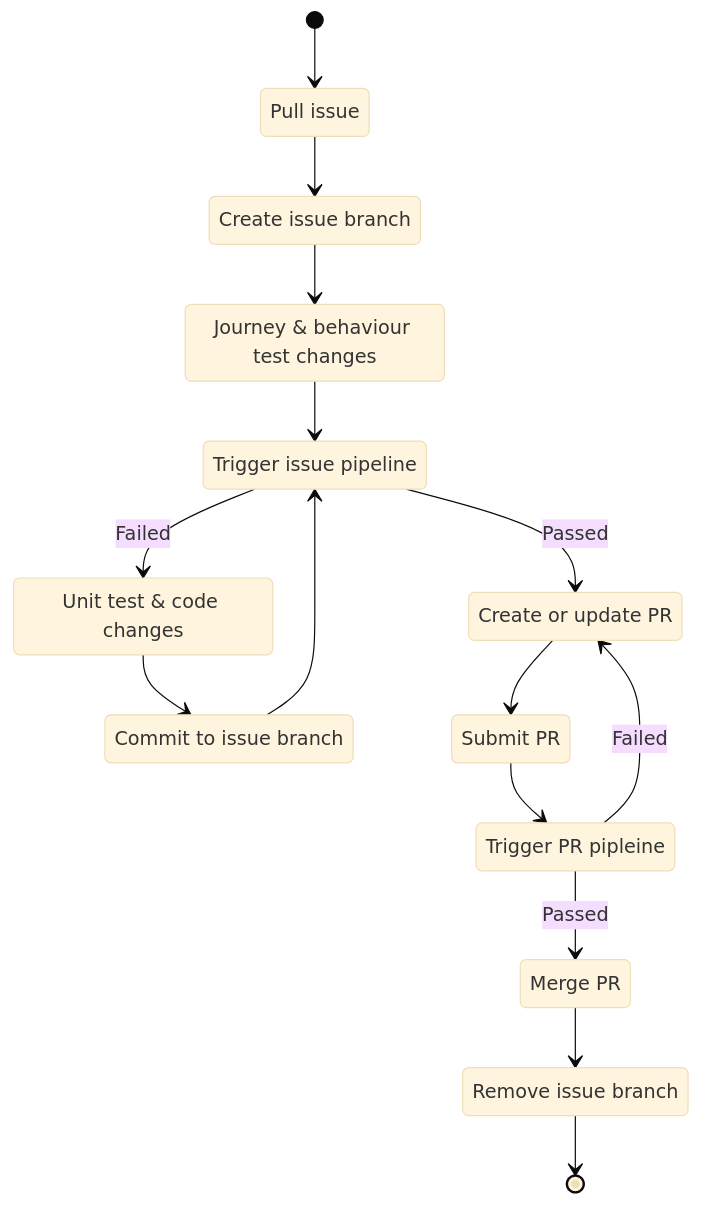
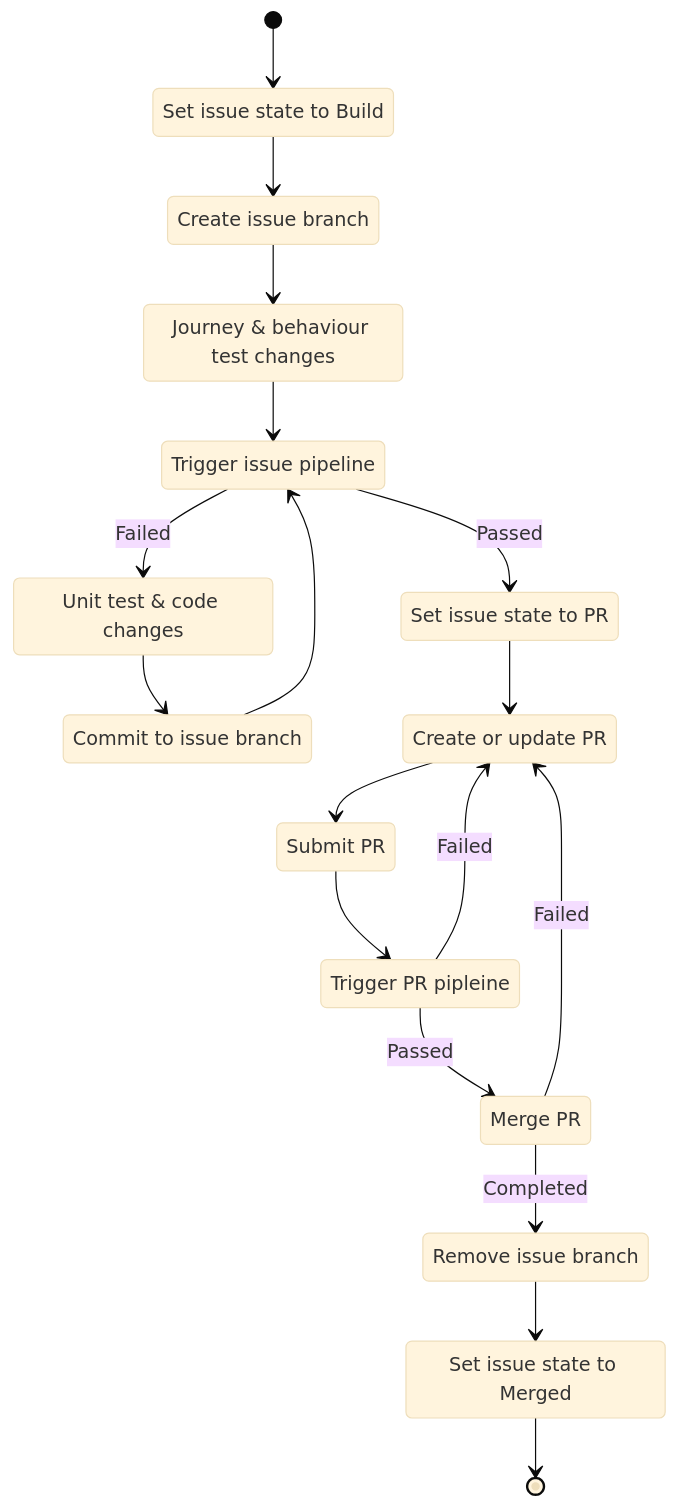
The fourth of 5 diagrams in docs/factory_pipelines.md (ContinuousEngineeringProject/ContinuousEngineeringProject.github.io), drawn with Mermaid (base theme) before and after one commit. The commit also changed other lines of this file, not shown here.

Commit message:
docs: Add an issue branch pipeline section

````diff
--- a/docs/factory_pipelines.md
+++ b/docs/factory_pipelines.md
@@ -51,29 +52,34 @@
 ```mermaid
 stateDiagram-v2
-  s0 : Pull issue
+  s0 : Set issue state to Build
   s1 : Create issue branch
   s2 : Journey & behaviour test changes
   s3 : Trigger issue pipeline
   s4 : Unit test & code changes
   s9 : Commit to issue branch
+  s11 : Set issue state to PR
   s5 : Create or update PR
   s6 : Submit PR
   s7 : Trigger PR pipleine
   s8 : Merge PR
   s10 : Remove issue branch
+  s12 : Set issue state to Merged
   
   [*] --> s0
   s0 --> s1
   s1 --> s2
   s2 --> s3
   s3 --> s4 : Failed
   s4 --> s9
   s9 --> s3
-  s3 --> s5 : Passed
+  s3 --> s11 : Passed
+  s11 --> s5
   s5 --> s6
   s6 --> s7
   s7 --> s5 : Failed
   s7 --> s8 : Passed
-  s8 --> s10
-  s10 --> [*]
+  s8 --> s5 : Failed
+  s8 --> s10 : Completed
+  s10 --> s12
+  s12 --> [*]
 ```
````
